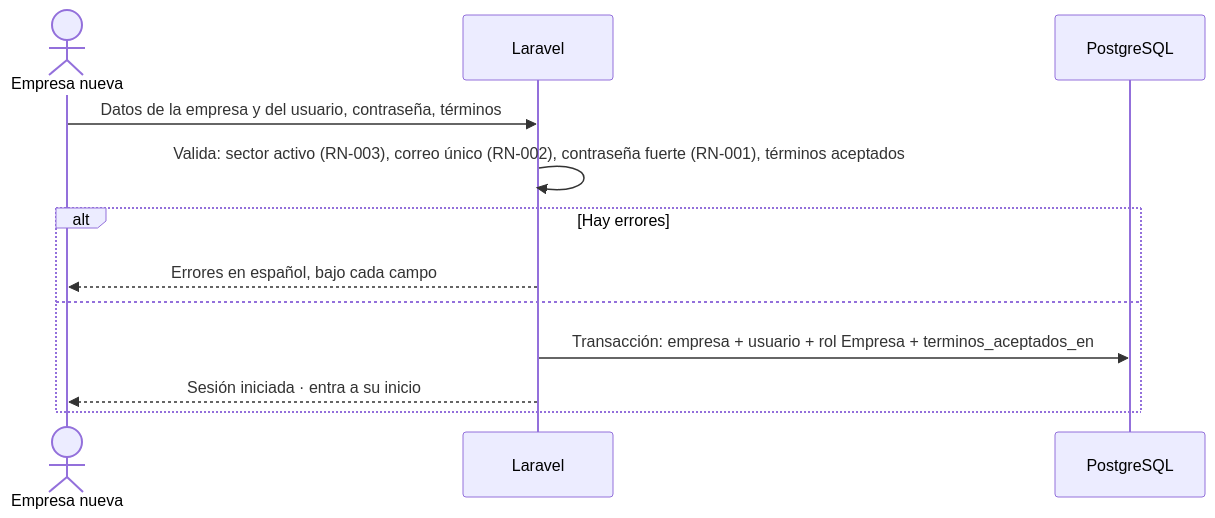
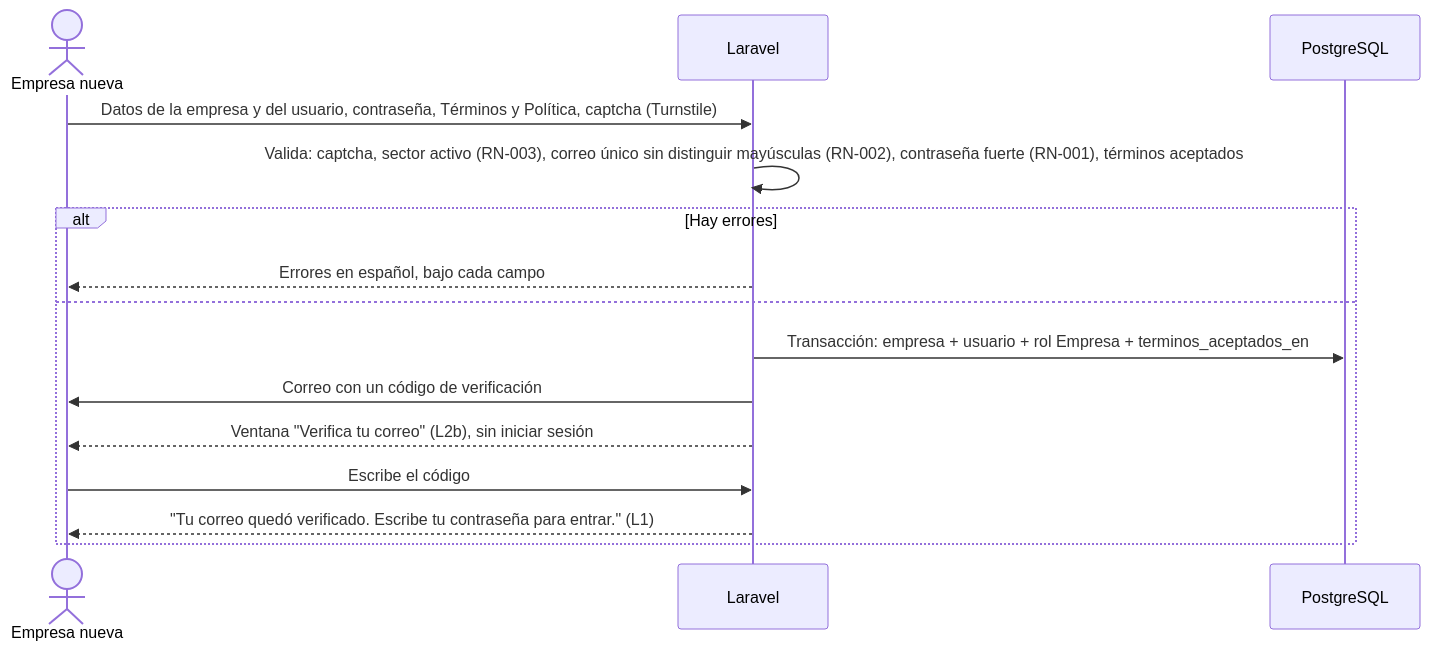
Before and after one commit to mensajesfront-commits/DiagnosTICo: the fourth of 5 diagrams in docs/09_FLUJOS_DEL_SISTEMA.md, drawn with Mermaid. The commit also changed other lines of this file and 33 other files, not shown here.

````diff
--- a/docs/09_FLUJOS_DEL_SISTEMA.md
+++ b/docs/09_FLUJOS_DEL_SISTEMA.md
@@ -125,15 +129,18 @@
 ```mermaid
 sequenceDiagram
     actor U as Empresa nueva
     participant L as Laravel
     participant BD as PostgreSQL
 
-    U->>L: Datos de la empresa y del usuario, contraseña, términos
-    L->>L: Valida: sector activo (RN-003), correo único (RN-002), contraseña fuerte (RN-001), términos aceptados
+    U->>L: Datos de la empresa y del usuario, contraseña, Términos y Política, captcha (Turnstile)
+    L->>L: Valida: captcha, sector activo (RN-003), correo único sin distinguir mayúsculas (RN-002), contraseña fuerte (RN-001), términos aceptados
     alt Hay errores
         L-->>U: Errores en español, bajo cada campo
     else
         L->>BD: Transacción: empresa + usuario + rol Empresa + terminos_aceptados_en
-        L-->>U: Sesión iniciada · entra a su inicio
+        L->>U: Correo con un código de verificación
+        L-->>U: Ventana "Verifica tu correo" (L2b), sin iniciar sesión
+        U->>L: Escribe el código
+        L-->>U: "Tu correo quedó verificado. Escribe tu contraseña para entrar." (L1)
     end
 ```
````
